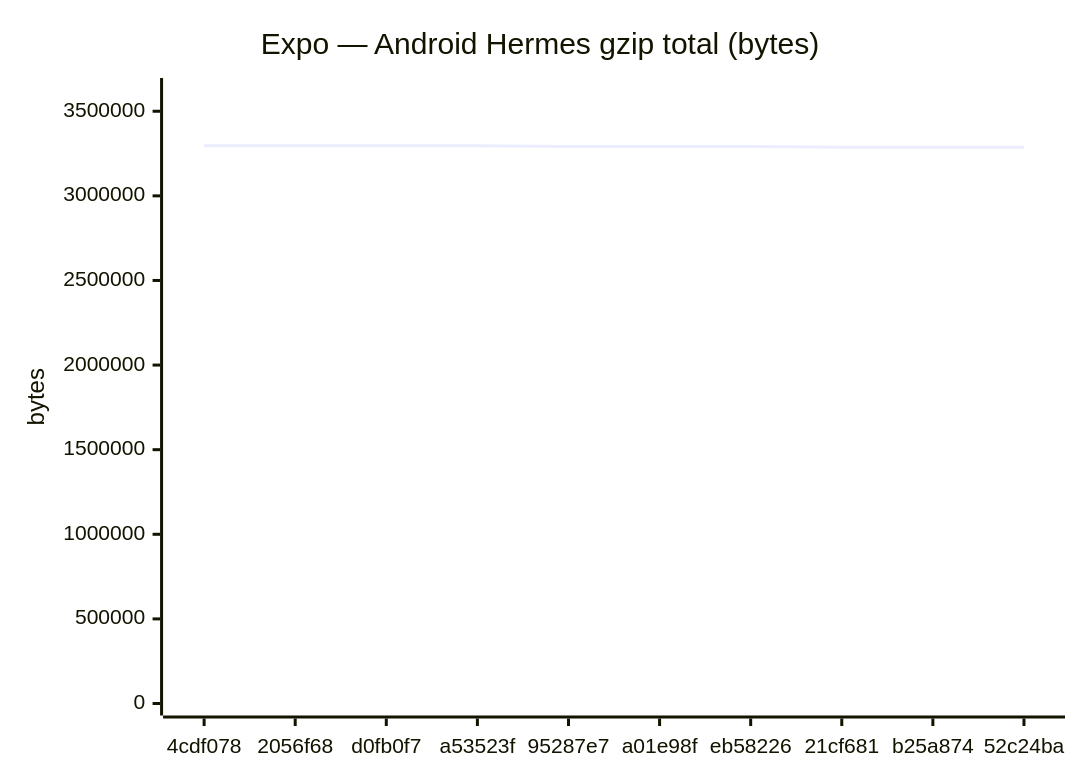
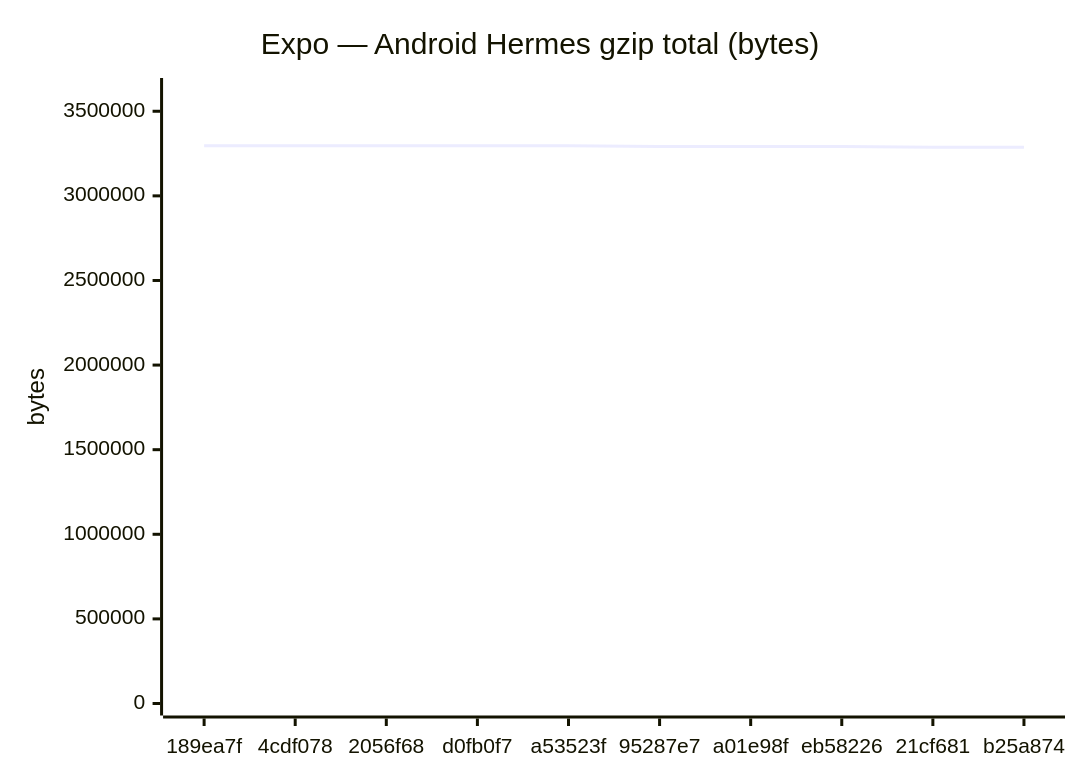
One commit to Metaheurist/Rianell changed the fifth of 18 diagrams in benchmarks/compare.md. Above: the diagram before and after it, drawn with Mermaid. The commit also changed other lines of this file and 11 other files, not shown here.

````diff
--- a/benchmarks/compare.md
+++ b/benchmarks/compare.md
@@ -89,7 +89,7 @@
 ```mermaid
 xychart-beta
     title "Expo — Android Hermes gzip total (bytes)"
-    x-axis ["4cdf078", "2056f68", "d0fb0f7", "a53523f", "95287e7", "a01e98f", "eb58226", "21cf681", "b25a874", "52c24ba"]
-    y-axis "bytes" 0 --> 3625571
-    line [3295973, 3295761, 3295758, 3295757, 3291461, 3291455, 3291464, 3287427, 3287424, 3287423]
+    x-axis ["189ea7f", "4cdf078", "2056f68", "d0fb0f7", "a53523f", "95287e7", "a01e98f", "eb58226", "21cf681", "b25a874"]
+    y-axis "bytes" 0 --> 3625626
+    line [3296023, 3295973, 3295761, 3295758, 3295757, 3291461, 3291455, 3291464, 3287427, 3287424]
 ```
````
